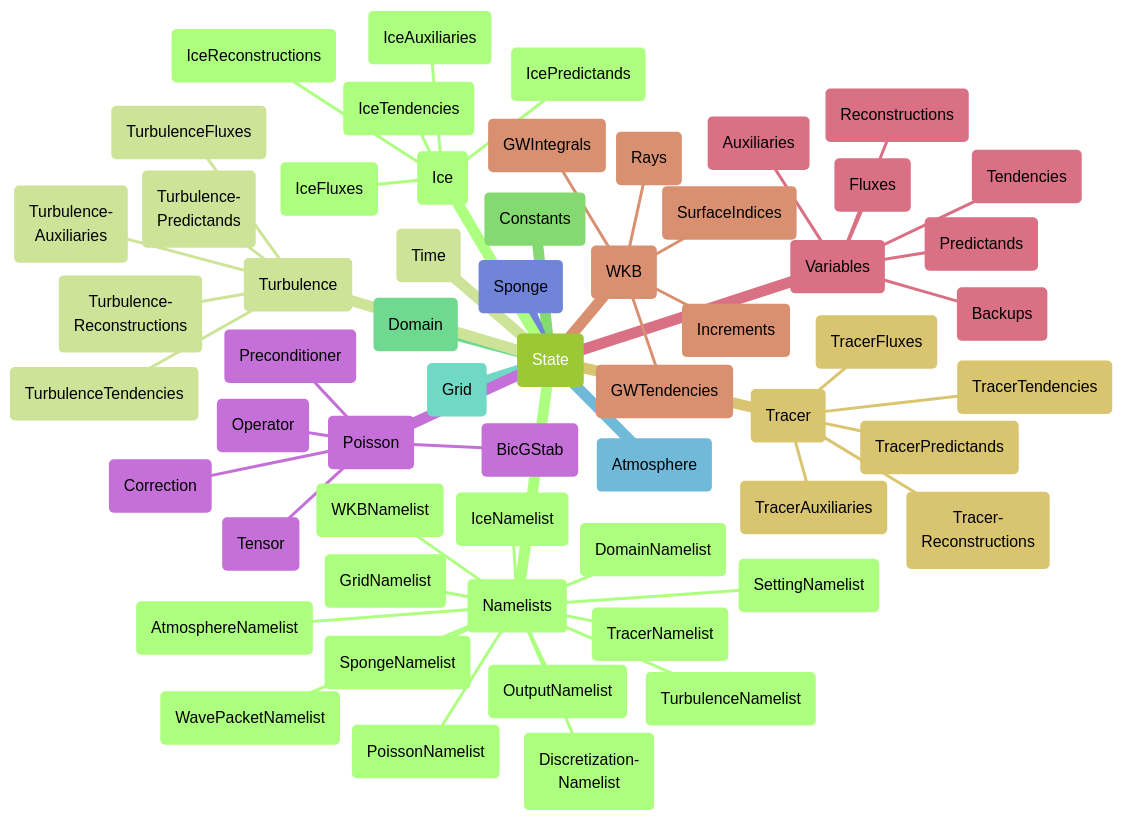
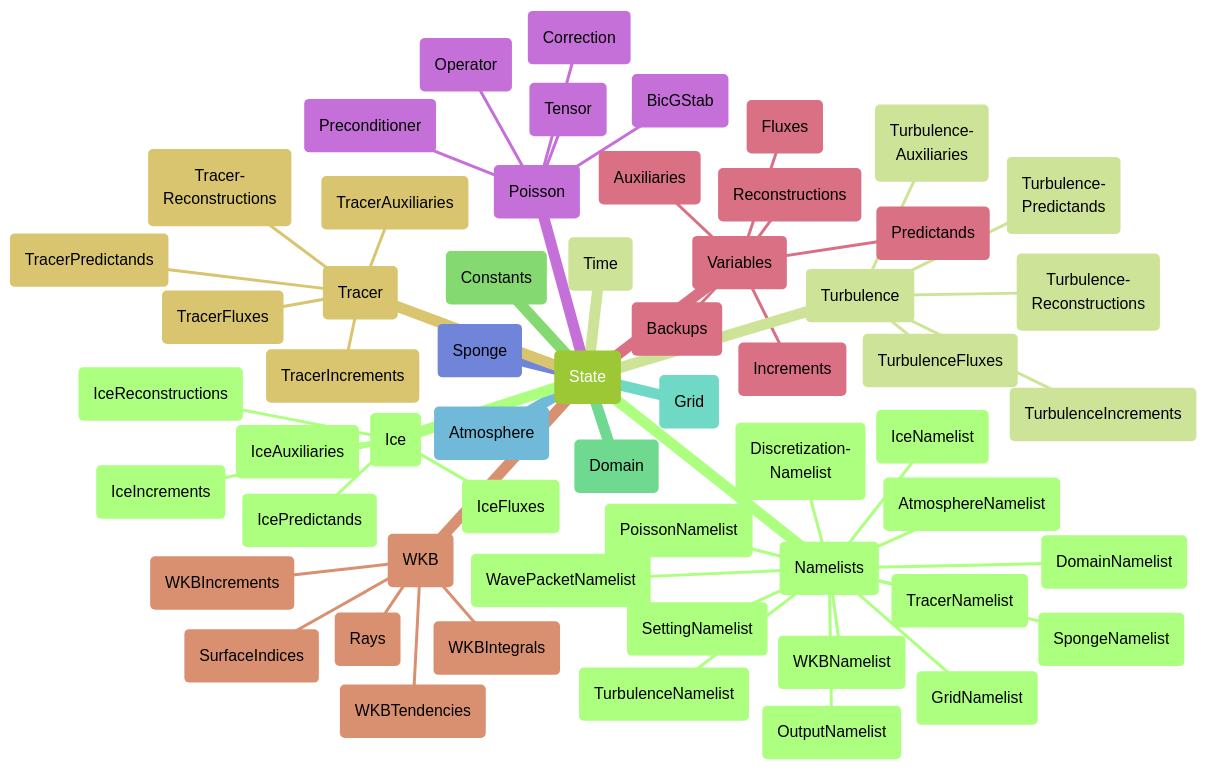
The second of 2 diagrams in README.md (Atmospheric-Dynamics-GUF/PinCFlow.jl), drawn with Mermaid before and after one commit. The commit also changed 36 other files, not shown here.

````diff
--- a/README.md
+++ b/README.md
@@ -216,67 +216,67 @@
 ```mermaid
 ---
 config:
     theme: forest
     fontFamily: monospace
 ---
 
 mindmap
     root(State)
         (Namelists)
             (AtmosphereNamelist)
             (Discretization-<br>Namelist)
             (DomainNamelist)
             (GridNamelist)
             (IceNamelist)
             (OutputNamelist)
             (PoissonNamelist)
             (SettingNamelist)
             (SpongeNamelist)
             (TracerNamelist)
             (TurbulenceNamelist)
             (WavePacketNamelist)
             (WKBNamelist)
         (Time)
         (Constants)
         (Domain)
         (Grid)
         (Atmosphere)
         (Sponge)
         (Poisson)
             (BicGStab)
             (Correction)
             (Operator)
             (Preconditioner)
             (Tensor)
         (Variables)
             (Auxiliaries)
             (Backups)
             (Fluxes)
             (Predictands)
             (Reconstructions)
-            (Tendencies)
+            (Increments)
         (WKB)
-            (GWIntegrals)
-            (GWTendencies)
-            (Increments)
+            (WKBIntegrals)
+            (WKBTendencies)
+            (WKBIncrements)
             (Rays)
             (SurfaceIndices)
         (Tracer)
             (TracerAuxiliaries)
             (TracerFluxes)
             (TracerPredictands)
             (Tracer-<br>Reconstructions)
-            (TracerTendencies)
+            (TracerIncrements)
         (Ice)
             (IceAuxiliaries)
             (IceFluxes)
             (IcePredictands)
             (IceReconstructions)
-            (IceTendencies)
+            (IceIncrements)
         (Turbulence)
             (Turbulence-<br>Auxiliaries)
             (TurbulenceFluxes)
             (Turbulence-<br>Predictands)
             (Turbulence-<br>Reconstructions)
-            (TurbulenceTendencies)
+            (TurbulenceIncrements)
 ```
````
